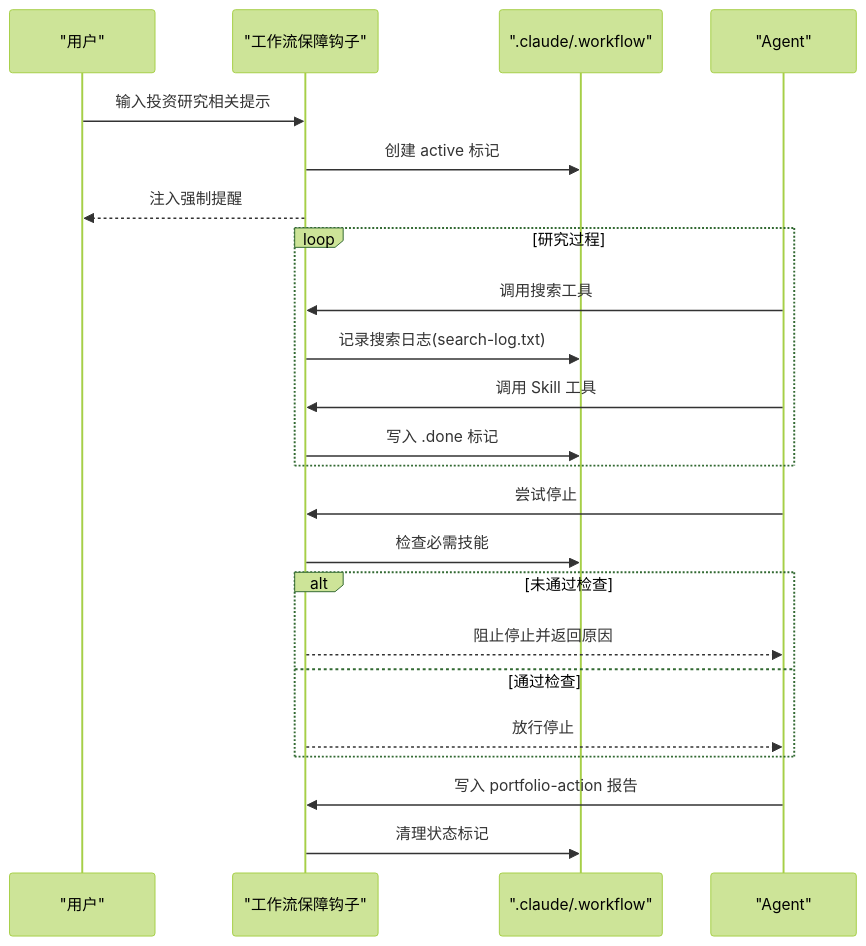
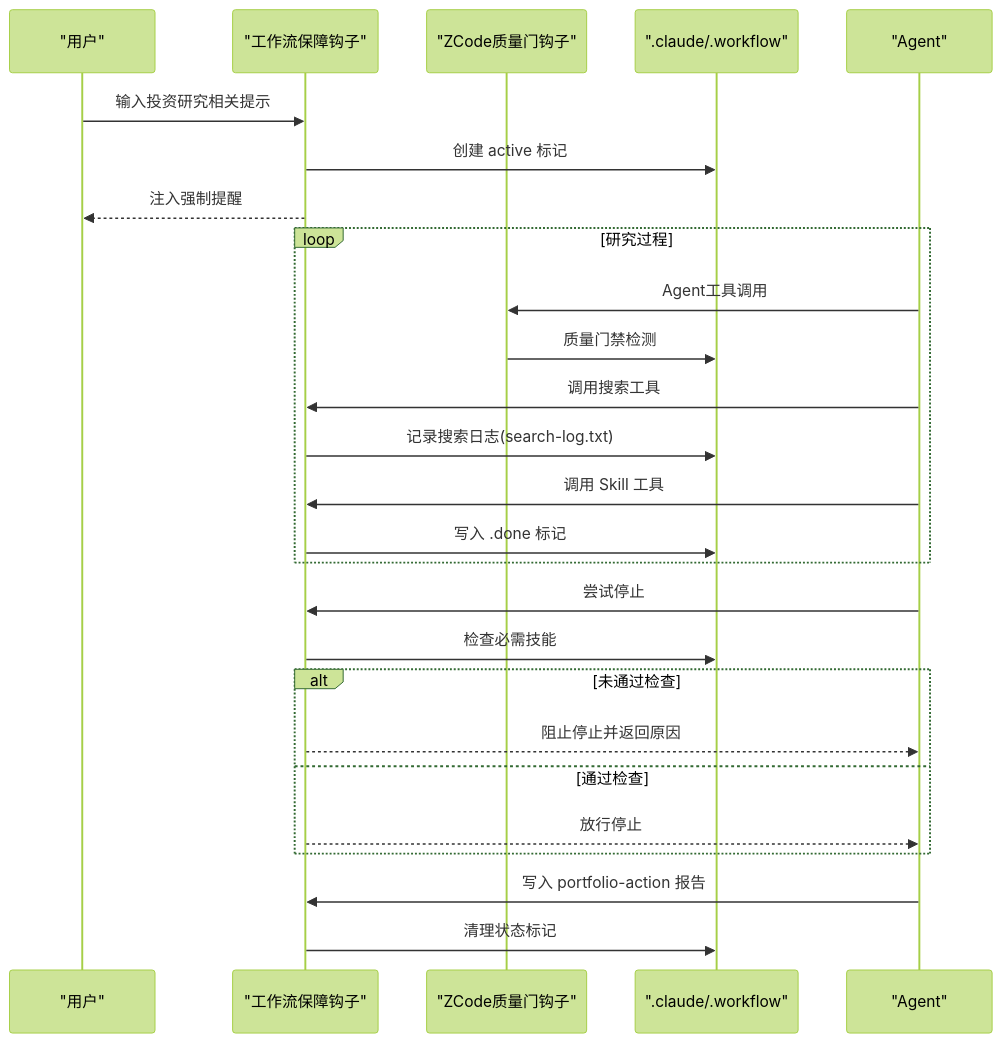
One commit to Ted-Engineer/ai-berkshire changed the eighth of 9 diagrams in .qoder/repowiki/zh/content/配置管理/配置管理.md. Above: the diagram before and after it, drawn with Mermaid (forest theme). The commit also changed other lines of this file and 76 other files, not shown here.

````diff
--- a/.qoder/repowiki/zh/content/配置管理/配置管理.md
+++ b/.qoder/repowiki/zh/content/配置管理/配置管理.md
@@ -451,25 +532,28 @@
 ```mermaid
 sequenceDiagram
 participant User as "用户"
 participant Hook as "工作流保障钩子"
+participant ZCodeHook as "ZCode质量门钩子"
 participant WF as ".claude/.workflow"
 participant Agent as "Agent"
 User->>Hook : 输入投资研究相关提示
 Hook->>WF : 创建 active 标记
 Hook-->>User : 注入强制提醒
 loop 研究过程
+Agent->>ZCodeHook : Agent工具调用
+ZCodeHook->>WF : 质量门禁检测
 Agent->>Hook : 调用搜索工具
 Hook->>WF : 记录搜索日志(search-log.txt)
 Agent->>Hook : 调用 Skill 工具
 Hook->>WF : 写入 .done 标记
 end
 Agent->>Hook : 尝试停止
 Hook->>WF : 检查必需技能
 alt 未通过检查
 Hook-->>Agent : 阻止停止并返回原因
 else 通过检查
 Hook-->>Agent : 放行停止
 end
 Agent->>Hook : 写入 portfolio-action 报告
 Hook->>WF : 清理状态标记
 ```
````
